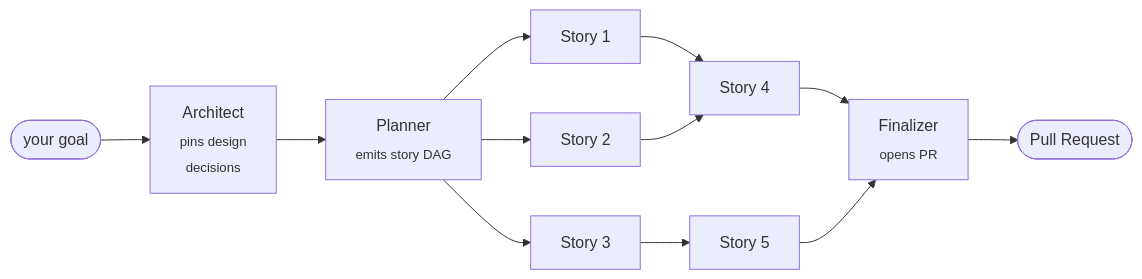
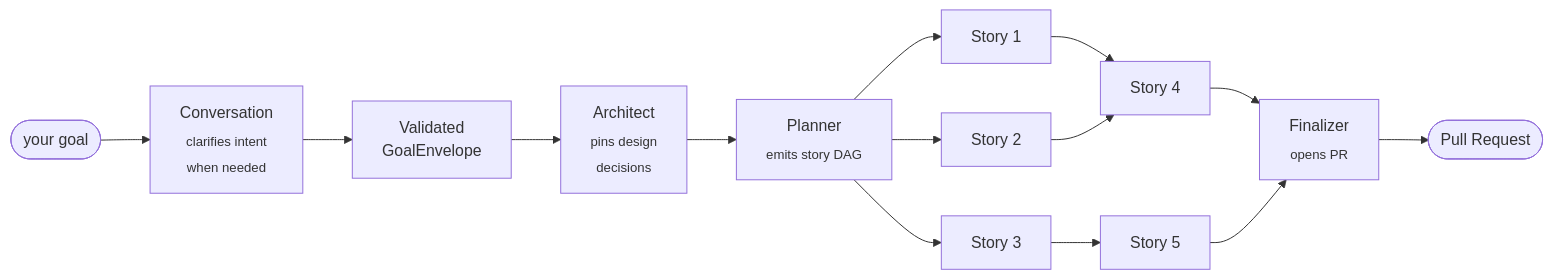
The first of 2 diagrams in README.md (jigjoy-ai/baro), drawn with Mermaid before and after one commit. The commit also changed other lines of this file and 66 other files, not shown here.

````diff
--- a/README.md
+++ b/README.md
@@ -38,14 +38,16 @@
 ```mermaid
 flowchart LR
-    Goal([your goal]) --> A[Architect<br/><sub>pins design<br/>decisions</sub>]
+    Goal([your goal]) --> C[Conversation<br/><sub>clarifies intent<br/>when needed</sub>]
+    C --> G[Validated<br/>GoalEnvelope]
+    G --> A[Architect<br/><sub>pins design<br/>decisions</sub>]
     A --> P[Planner<br/><sub>emits story DAG</sub>]
     P --> S1[Story 1]
     P --> S2[Story 2]
     P --> S3[Story 3]
     S1 --> S4[Story 4]
     S2 --> S4
     S3 --> S5[Story 5]
     S4 --> F[Finalizer<br/><sub>opens PR</sub>]
     S5 --> F
     F --> PR([Pull Request])
 ```
````
